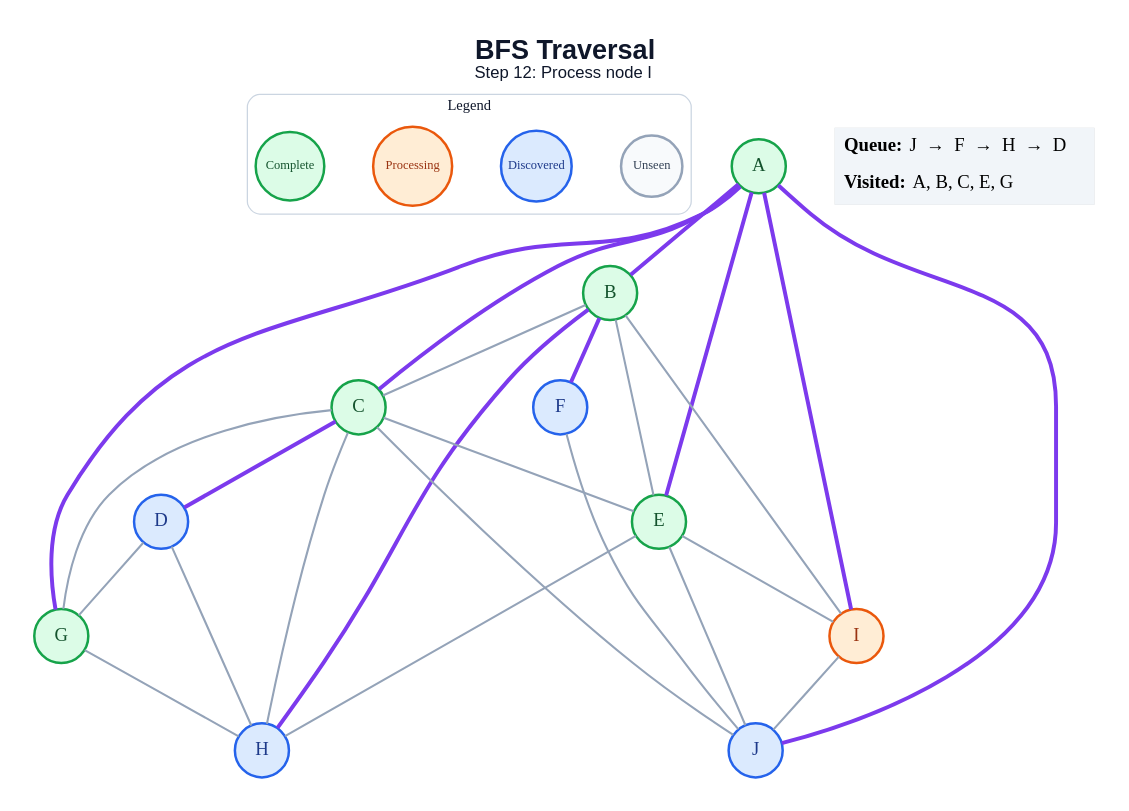
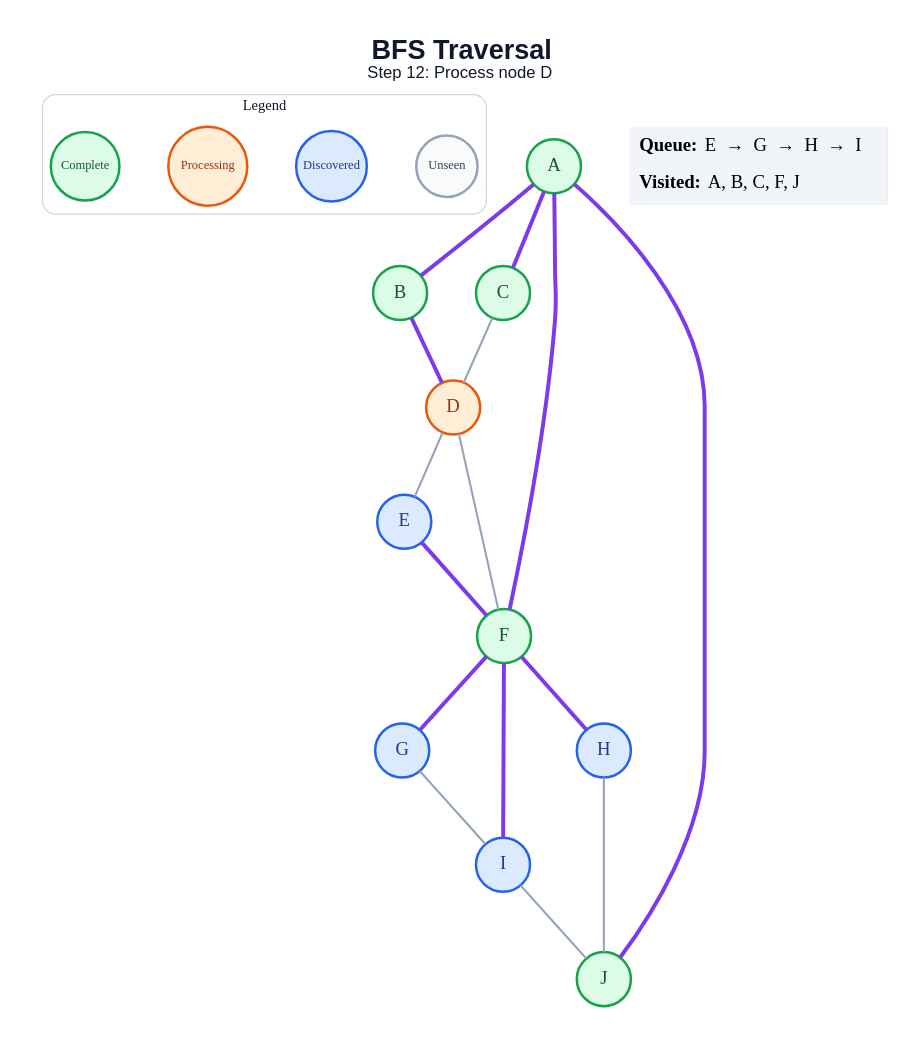
One commit to amanghodawala9/ai-slop changed the diagram in generated/bfs/step_12.dot. Above: the diagram before and after it, drawn with Graphviz. The commit also changed 178 other files, not shown here.

```diff
--- a/generated/bfs/step_12.dot
+++ b/generated/bfs/step_12.dot
@@ -1,53 +1,44 @@
 graph traversal {
   graph [layout=dot, rankdir=TB, bgcolor="#FFFFFF", pad="0.35", nodesep="0.65", ranksep="0.8", fontname="Arial"];
   node [shape=circle, style="filled", fontname="Arial Bold", fontsize=18, width=0.72, fixedsize=true, penwidth=2.4];
   edge [color="#94A3B8", penwidth=2.0];
-  label=<<B>BFS Traversal</B><BR/><FONT POINT-SIZE="16">Step 12: Process node I</FONT>>; labelloc="t"; fontsize=26; fontname="Arial"; fontcolor="#0F172A";
+  label=<<B>BFS Traversal</B><BR/><FONT POINT-SIZE="16">Step 12: Process node D</FONT>>; labelloc="t"; fontsize=26; fontname="Arial"; fontcolor="#0F172A";
   subgraph cluster_legend { label="Legend"; color="#CBD5E1"; penwidth=1.2; style="rounded"; fontsize=14; fontname="Arial Bold";
     key_unseen [label="Unseen", fillcolor="#F8FAFC", color="#94A3B8", fontcolor="#334155", fontsize=12, width=0.82];
     key_frontier [label="Discovered", fillcolor="#DBEAFE", color="#2563EB", fontcolor="#1E3A8A", fontsize=12, width=0.95];
     key_current [label="Processing", fillcolor="#FFEDD5", color="#EA580C", fontcolor="#9A3412", fontsize=12, width=1.05];
     key_done [label="Complete", fillcolor="#DCFCE7", color="#16A34A", fontcolor="#14532D", fontsize=12, width=0.92];
     { rank=same; key_unseen; key_frontier; key_current; key_done; }
   }
   A [fillcolor="#DCFCE7", color="#16A34A", fontcolor="#14532D"];
   B [fillcolor="#DCFCE7", color="#16A34A", fontcolor="#14532D"];
   C [fillcolor="#DCFCE7", color="#16A34A", fontcolor="#14532D"];
-  D [fillcolor="#DBEAFE", color="#2563EB", fontcolor="#1E3A8A"];
-  E [fillcolor="#DCFCE7", color="#16A34A", fontcolor="#14532D"];
-  F [fillcolor="#DBEAFE", color="#2563EB", fontcolor="#1E3A8A"];
-  G [fillcolor="#DCFCE7", color="#16A34A", fontcolor="#14532D"];
+  D [fillcolor="#FFEDD5", color="#EA580C", fontcolor="#9A3412"];
+  E [fillcolor="#DBEAFE", color="#2563EB", fontcolor="#1E3A8A"];
+  F [fillcolor="#DCFCE7", color="#16A34A", fontcolor="#14532D"];
+  G [fillcolor="#DBEAFE", color="#2563EB", fontcolor="#1E3A8A"];
   H [fillcolor="#DBEAFE", color="#2563EB", fontcolor="#1E3A8A"];
-  I [fillcolor="#FFEDD5", color="#EA580C", fontcolor="#9A3412"];
-  J [fillcolor="#DBEAFE", color="#2563EB", fontcolor="#1E3A8A"];
+  I [fillcolor="#DBEAFE", color="#2563EB", fontcolor="#1E3A8A"];
+  J [fillcolor="#DCFCE7", color="#16A34A", fontcolor="#14532D"];
   A -- B [color="#7C3AED", penwidth=3.8];
   A -- C [color="#7C3AED", penwidth=3.8];
-  A -- E [color="#7C3AED", penwidth=3.8];
-  A -- G [color="#7C3AED", penwidth=3.8];
-  A -- I [color="#7C3AED", penwidth=3.8];
+  A -- F [color="#7C3AED", penwidth=3.8];
   A -- J [color="#7C3AED", penwidth=3.8];
-  B -- C;
-  B -- E;
-  B -- F [color="#7C3AED", penwidth=3.8];
-  B -- H [color="#7C3AED", penwidth=3.8];
-  B -- I;
-  C -- D [color="#7C3AED", penwidth=3.8];
-  C -- E;
-  C -- G;
-  C -- H;
-  C -- J;
-  D -- G;
-  D -- H;
-  E -- H;
-  E -- I;
-  E -- J;
-  F -- J;
-  G -- H;
+  B -- D [color="#7C3AED", penwidth=3.8];
+  C -- D;
+  D -- E;
+  D -- F;
+  E -- F [color="#7C3AED", penwidth=3.8];
+  F -- G [color="#7C3AED", penwidth=3.8];
+  F -- H [color="#7C3AED", penwidth=3.8];
+  F -- I [color="#7C3AED", penwidth=3.8];
+  G -- I;
+  H -- J;
   I -- J;
   status [shape=plain, fixedsize=false, width=0, height=0, margin=0, label=<
     <TABLE BORDER="0" CELLBORDER="0" CELLPADDING="7" BGCOLOR="#F1F5F9">
-      <TR><TD ALIGN="LEFT"><B>Queue:</B> J  →  F  →  H  →  D</TD></TR>
-      <TR><TD ALIGN="LEFT"><B>Visited:</B> A, B, C, E, G</TD></TR>
+      <TR><TD ALIGN="LEFT"><B>Queue:</B> E  →  G  →  H  →  I</TD></TR>
+      <TR><TD ALIGN="LEFT"><B>Visited:</B> A, B, C, F, J</TD></TR>
     </TABLE>
   >];
 }
```
